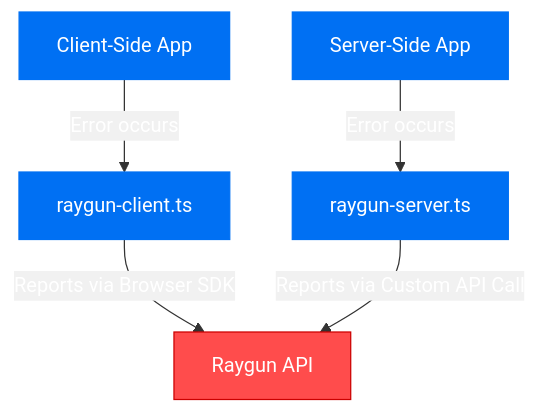
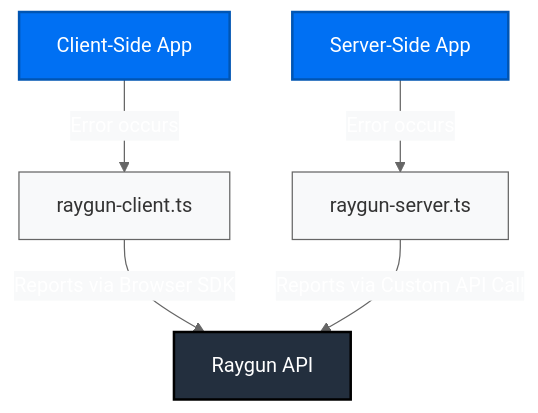
One commit to Olwiba/bun-next-raygun-demo changed the diagram in README.md. Above: the diagram before and after it, drawn with Mermaid. The commit also changed other lines of this file, not shown here.

````diff
--- a/README.md
+++ b/README.md
@@ -13,13 +24,15 @@
 ```mermaid
-%%{init: {'theme': 'base', 'themeVariables': { 'primaryColor': '#0070f3', 'primaryTextColor': '#fff', 'primaryBorderColor': '#0070f3', 'lineColor': '#333', 'secondaryColor': '#f1f1f1', 'tertiaryColor': '#d1d1d1' }}}%%
+%%{init: {'theme': 'base', 'themeVariables': { 'primaryColor': '#0070f3', 'primaryTextColor': '#fff', 'primaryBorderColor': '#0070f3', 'lineColor': '#666', 'secondaryColor': '#f8f9fa', 'tertiaryColor': '#e9ecef' }}}%%
 graph TD
     A[Client-Side App] -->|Error occurs| B[raygun-client.ts]
     B -->|Reports via Browser SDK| C[Raygun API]
 
     D[Server-Side App] -->|Error occurs| E[raygun-server.ts]
     E -->|Reports via Custom API Call| C
 
-    style A fill:#0070f3,stroke:#0070f3,color:#fff
-    style D fill:#0070f3,stroke:#0070f3,color:#fff
-    style C fill:#ff4c4c,stroke:#cc0000,color:#fff
+    style A fill:#0070f3,stroke:#0055b3,color:#fff,stroke-width:2px
+    style D fill:#0070f3,stroke:#0055b3,color:#fff,stroke-width:2px
+    style B fill:#f8f9fa,stroke:#666,color:#333,stroke-width:1px
+    style E fill:#f8f9fa,stroke:#666,color:#333,stroke-width:1px
+    style C fill:#232f3e,stroke:#000,color:#fff,stroke-width:2px
 ```
````
